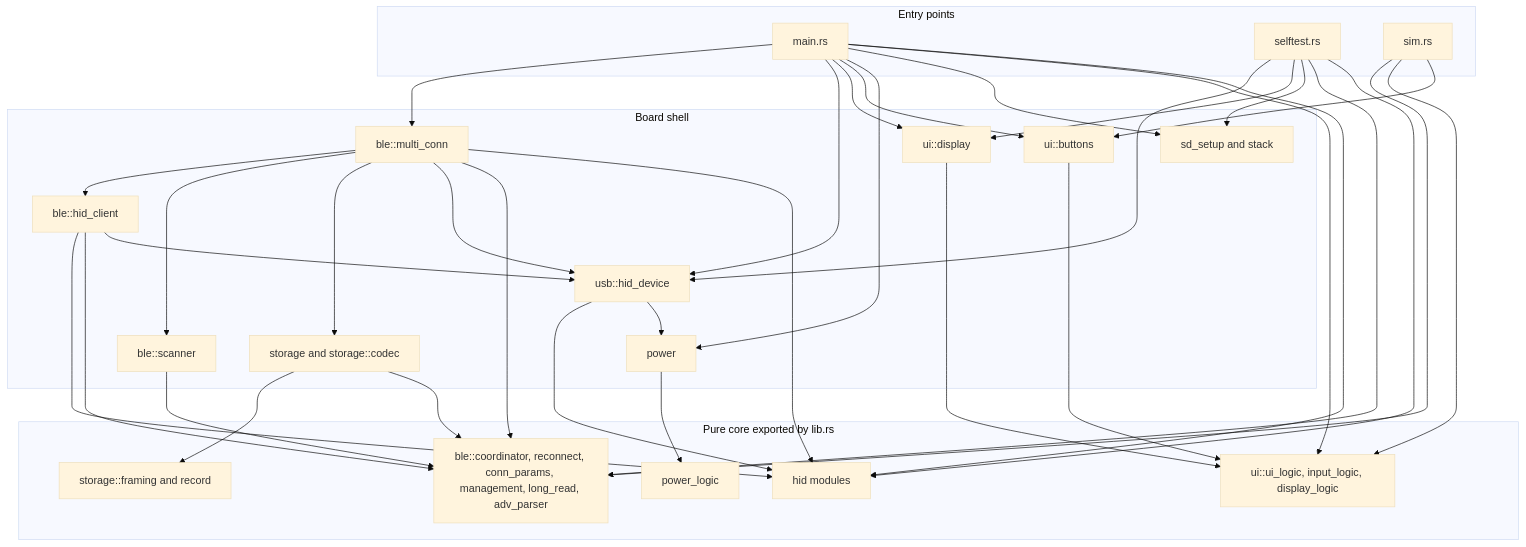
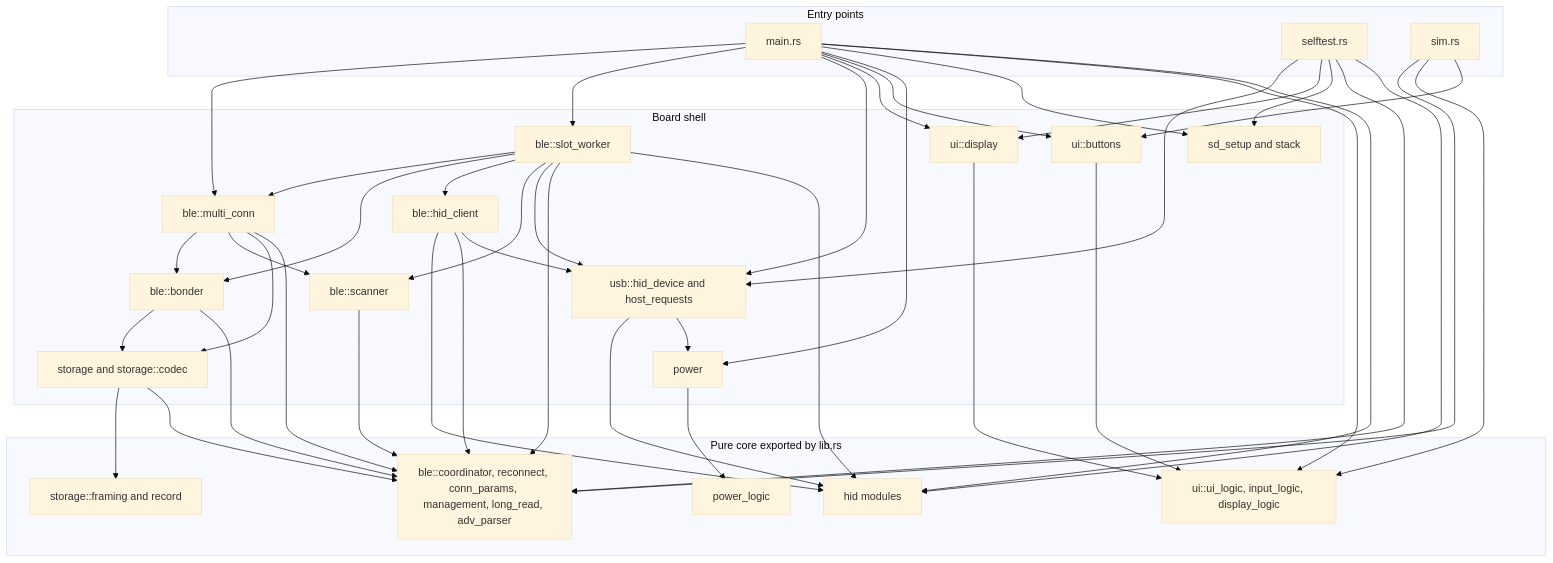
One commit to chefzaid/bt2usb changed the second of 10 diagrams in docs/architecture.md. Above: the diagram before and after it, drawn with Mermaid (base theme). The commit also changed other lines of this file and 28 other files, not shown here.

````diff
--- a/docs/architecture.md
+++ b/docs/architecture.md
@@ -115,37 +118,41 @@
 ```mermaid
 flowchart TD
     subgraph entry [Entry points]
         MAIN["main.rs"]
         SELF["selftest.rs"]
         SIM["sim.rs"]
     end
     subgraph shell [Board shell]
         MC["ble::multi_conn"]
+        SW["ble::slot_worker"]
+        BND["ble::bonder"]
         HC["ble::hid_client"]
         SC["ble::scanner"]
         ST["storage and storage::codec"]
-        USB["usb::hid_device"]
+        USB["usb::hid_device and host_requests"]
         PWR["power"]
         DSP["ui::display"]
         BTN["ui::buttons"]
         SDS["sd_setup and stack"]
     end
     subgraph core [Pure core exported by lib.rs]
         BC["ble::coordinator, reconnect, conn_params, management, long_read, adv_parser"]
         HID["hid modules"]
         UIL["ui::ui_logic, input_logic, display_logic"]
         PL["power_logic"]
         SF["storage::framing and record"]
     end
-    MAIN --> MC & USB & DSP & BTN & PWR & SDS & UIL & HID
+    MAIN --> MC & SW & USB & DSP & BTN & PWR & SDS & UIL & HID
     SELF --> USB & DSP & SDS & BC & HID
     SIM --> BC & UIL & BTN
-    MC --> HC & SC & ST & USB & BC & HID
+    MC --> BND & SC & ST & BC
+    SW --> MC & BND & HC & SC & USB & BC & HID
+    BND --> ST & BC
     HC --> HID & BC & USB
     SC --> BC
     ST --> SF & BC
     USB --> HID & PWR
     PWR --> PL
     DSP --> UIL
     BTN --> UIL
 ```
````
